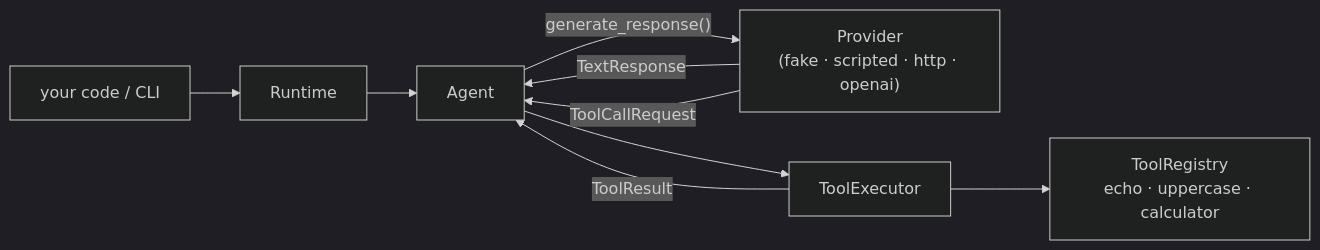
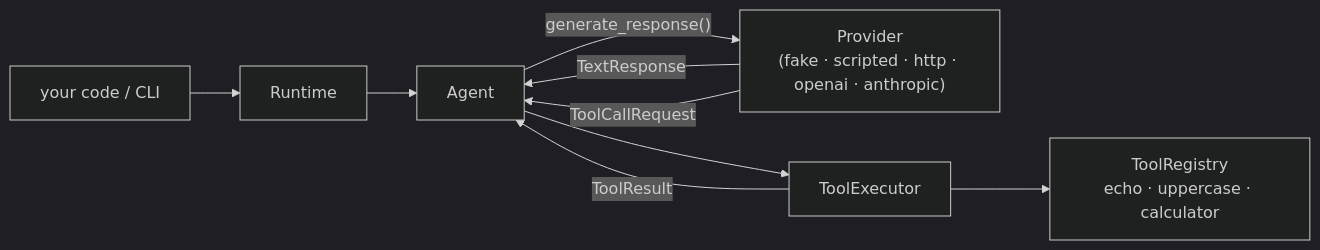
Before and after one commit to Abolfazlrwm/nexusagent: the diagram in README.md, drawn with Mermaid (dark theme). The commit also changed other lines of this file and 5 other files, not shown here.

First line of the commit message:
docs: document the Anthropic provider (README, ADR 0007, architecture, status)

````diff
--- a/README.md
+++ b/README.md
@@ -54,11 +55,11 @@
 ```mermaid
 flowchart LR
     U["your code / CLI"] --> R["Runtime"]
     R --> A["Agent"]
-    A -- "generate_response()" --> P["Provider<br/>(fake · scripted · http · openai)"]
+    A -- "generate_response()" --> P["Provider<br/>(fake · scripted · http · openai · anthropic)"]
     P -- "TextResponse" --> A
     P -- "ToolCallRequest" --> A
     A --> X["ToolExecutor"]
     X --> T["ToolRegistry<br/>echo · uppercase · calculator"]
     X -- "ToolResult" --> A
 ```
````
